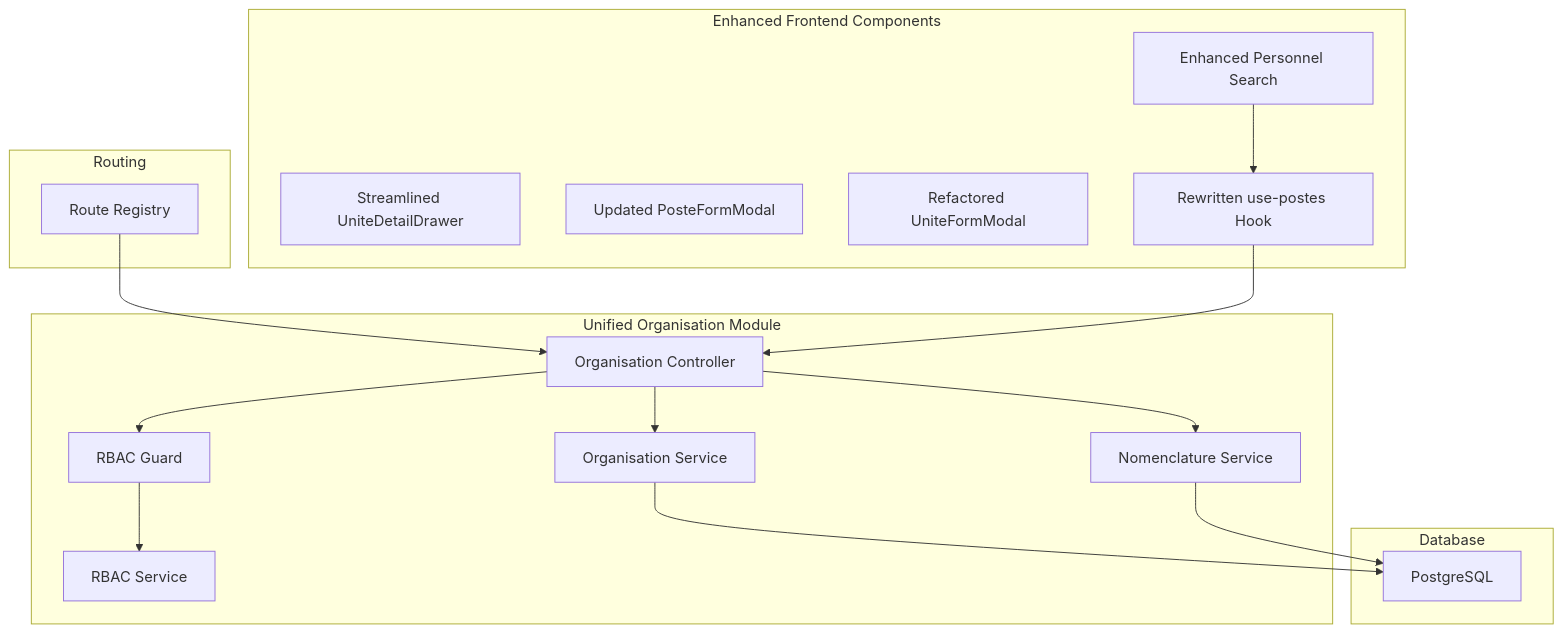
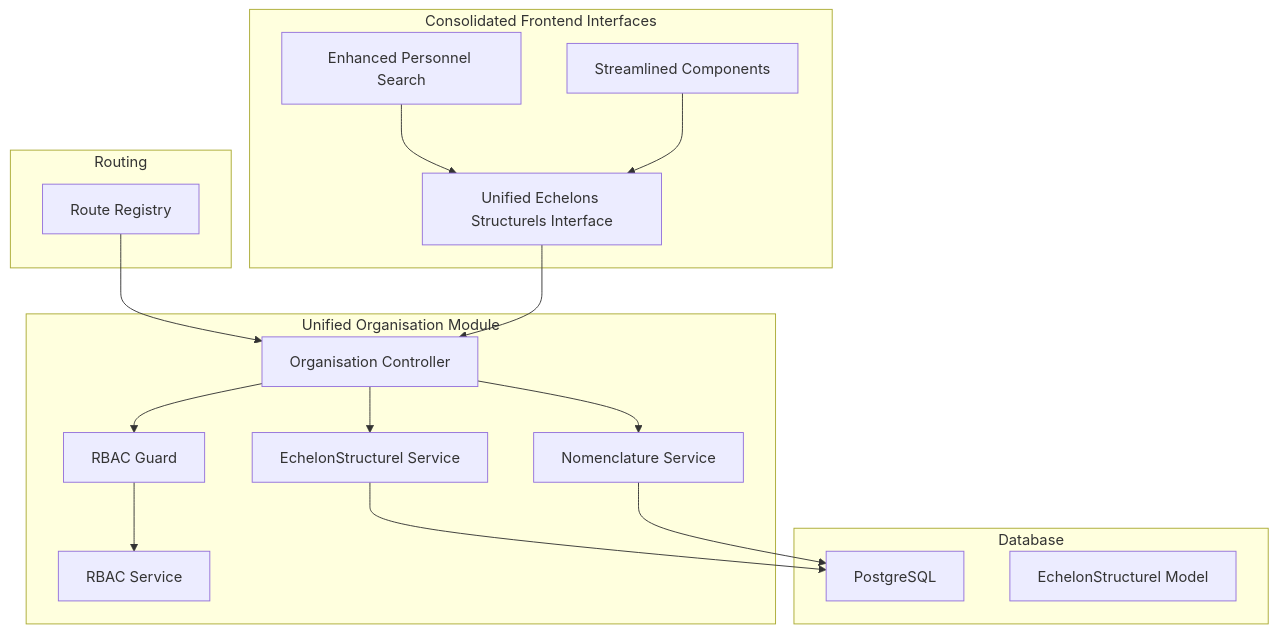
One commit to franckylab/eLISAschool changed the first of 9 diagrams in .qoder/repowiki/en/content/Human Resources Management/Personnel Administration/Organizational Structure.md. Above: the diagram before and after it, drawn with Mermaid. The commit also changed other lines of this file and 138 other files, not shown here.

First line of the commit message:
refactor(api): consolider le système de nomenclature avec EchelonStructurel unifié

````diff
--- a/.qoder/repowiki/en/content/Human Resources Management/Personnel Administration/Organizational Structure.md
+++ b/.qoder/repowiki/en/content/Human Resources Management/Personnel Administration/Organizational Structure.md
@@ -51,32 +49,32 @@
 ```mermaid
 graph TB
 subgraph "Database"
 DB["PostgreSQL"]
+EchelonStruct["EchelonStructurel Model"]
 end
 subgraph "Unified Organisation Module"
 OrgCtrl["Organisation Controller"]
-OrgSvc["Organisation Service"]
+EchelonSvc["EchelonStructurel Service"]
 NomenclatureSvc["Nomenclature Service"]
 RbacGuard["RBAC Guard"]
 RbacSvc["RBAC Service"]
 end
-subgraph "Enhanced Frontend Components"
-UniteDetailDrawer["Streamlined UniteDetailDrawer"]
-PosteFormModal["Updated PosteFormModal"]
-UniteFormModal["Refactored UniteFormModal"]
-PersonnelSearch["Enhanced Personnel Search"]
-UsePostesHook["Rewritten use-postes Hook"]
+subgraph "Consolidated Frontend Interfaces"
+UnifiedInterface["Unified Echelons Structurels Interface"]
+EnhancedSearch["Enhanced Personnel Search"]
+StreamlinedComponents["Streamlined Components"]
 end
 subgraph "Routing"
 Router["Route Registry"]
 end
 Router --> OrgCtrl
-OrgCtrl --> OrgSvc
+OrgCtrl --> EchelonSvc
 OrgCtrl --> NomenclatureSvc
-OrgSvc --> DB
+EchelonSvc --> DB
 NomenclatureSvc --> DB
 OrgCtrl --> RbacGuard
 RbacGuard --> RbacSvc
-UsePostesHook --> OrgCtrl
-PersonnelSearch --> UsePostesHook
+UnifiedInterface --> OrgCtrl
+EnhancedSearch --> UnifiedInterface
+StreamlinedComponents --> UnifiedInterface
 ```
````
